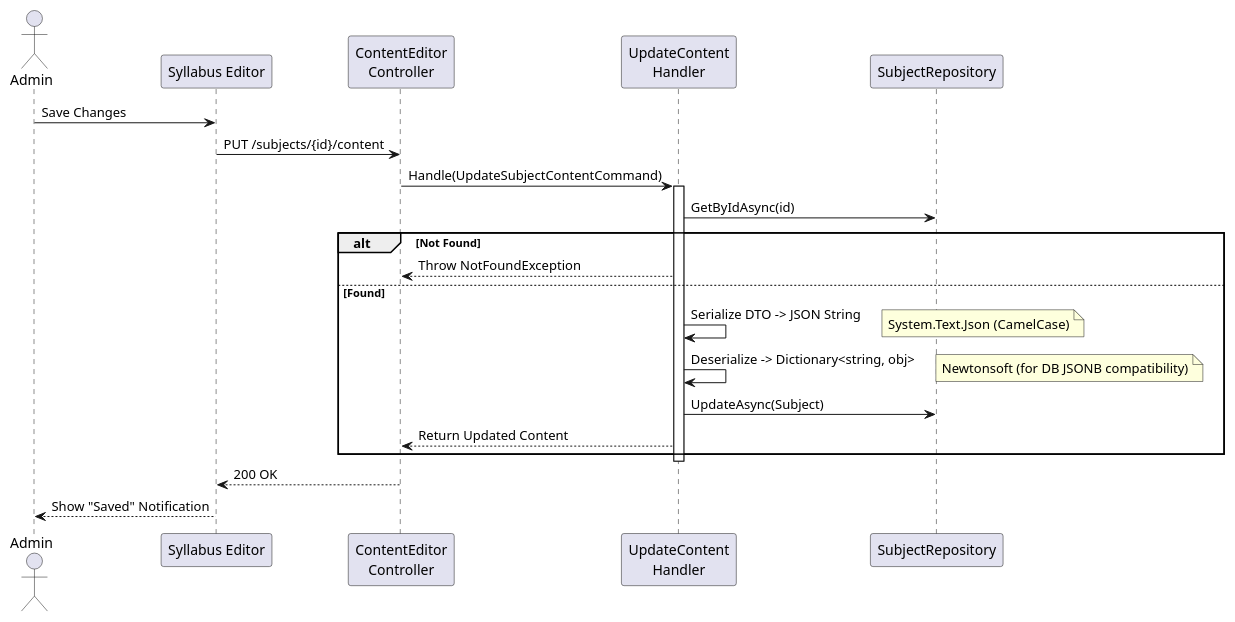
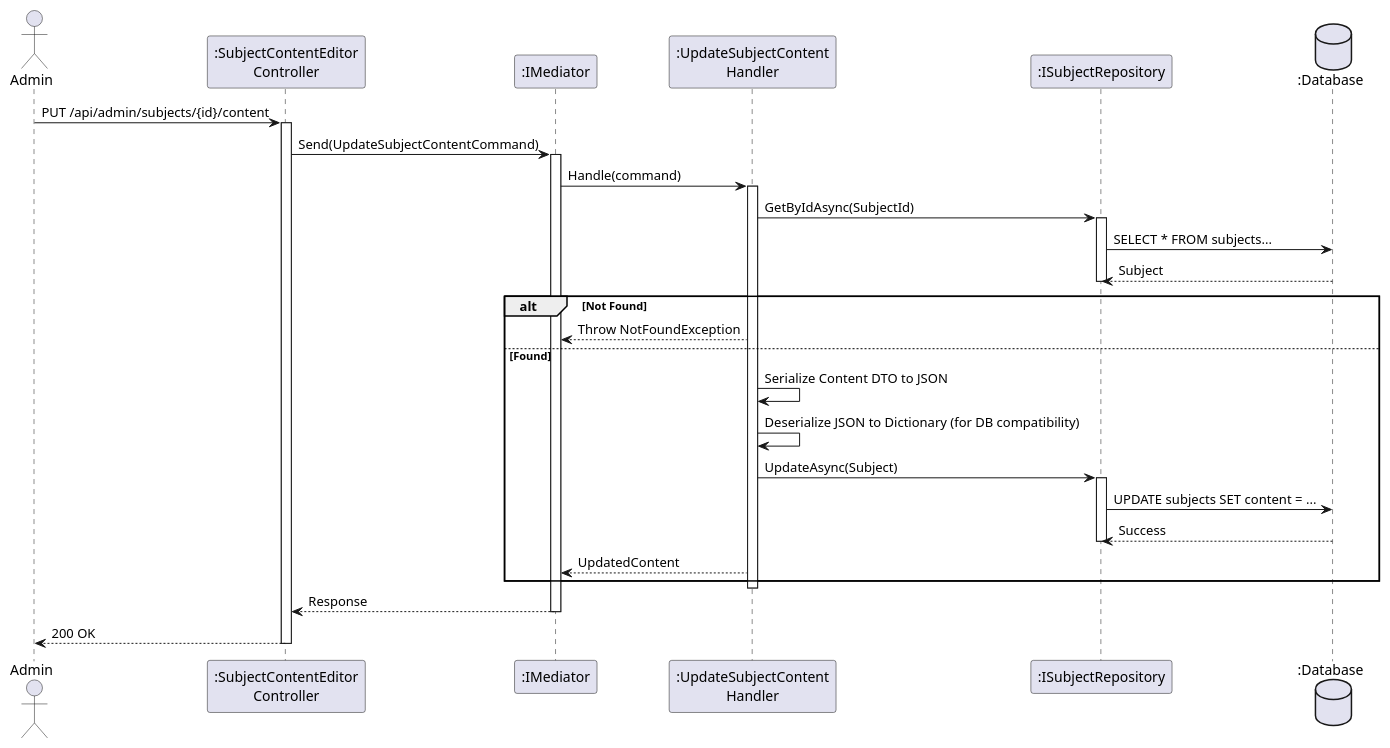
One commit to FA25SE050-RogueLearn/RogueLearn.BMAD.Documentation changed the diagram in docs/srs/diagrams/sequence-diagram/admin-content-subject/update-subject-content-seq.puml. Above: the diagram before and after it, drawn with PlantUML. The commit also changed other lines of this file and 21 other files, not shown here.

```diff
--- a/docs/srs/diagrams/sequence-diagram/admin-content-subject/update-subject-content-seq.puml
+++ b/docs/srs/diagrams/sequence-diagram/admin-content-subject/update-subject-content-seq.puml
@@ -2,31 +1,47 @@
 @startuml
 actor Admin
-participant "Syllabus Editor" as UI
-participant "ContentEditor\nController" as Controller
-participant "UpdateContent\nHandler" as Handler
-participant "SubjectRepository" as DB
+participant ":SubjectContentEditor\nController" as Controller
+participant ":IMediator" as Med
+participant ":UpdateSubjectContent\nHandler" as Handler
+participant ":ISubjectRepository" as Repo
+database ":Database" as DB
 
-Admin -> UI : Save Changes
-UI -> Controller : PUT /subjects/{id}/content
-Controller -> Handler : Handle(UpdateSubjectContentCommand)
+Admin -> Controller : PUT /api/admin/subjects/{id}/content
+activate Controller
 
+Controller -> Med : Send(UpdateSubjectContentCommand)
+activate Med
+
+Med -> Handler : Handle(command)
 activate Handler
-    Handler -> DB : GetByIdAsync(id)
+
+' 1. Fetch
+Handler -> Repo : GetByIdAsync(SubjectId)
+activate Repo
+Repo -> DB : SELECT * FROM subjects...
+DB --> Repo : Subject
+deactivate Repo
+
+alt Not Found
+    Handler --> Med : Throw NotFoundException
+else Found
+    ' 2. Serialize & Update
+    Handler -> Handler : Serialize Content DTO to JSON
+    Handler -> Handler : Deserialize JSON to Dictionary (for DB compatibility)
     
-    alt Not Found
-        Handler --> Controller : Throw NotFoundException
-    else Found
-        Handler -> Handler : Serialize DTO -> JSON String
-        note right: System.Text.Json (CamelCase)
-        
-        Handler -> Handler : Deserialize -> Dictionary<string, obj>
-        note right: Newtonsoft (for DB JSONB compatibility)
-        
-        Handler -> DB : UpdateAsync(Subject)
-        Handler --> Controller : Return Updated Content
-    end
+    Handler -> Repo : UpdateAsync(Subject)
+    activate Repo
+    Repo -> DB : UPDATE subjects SET content = ...
+    DB --> Repo : Success
+    deactivate Repo
+
+    Handler --> Med : UpdatedContent
+end
+
 deactivate Handler
+Med --> Controller : Response
+deactivate Med
 
-Controller --> UI : 200 OK
-UI --> Admin : Show "Saved" Notification
+Controller --> Admin : 200 OK
+deactivate Controller
 @enduml
```
